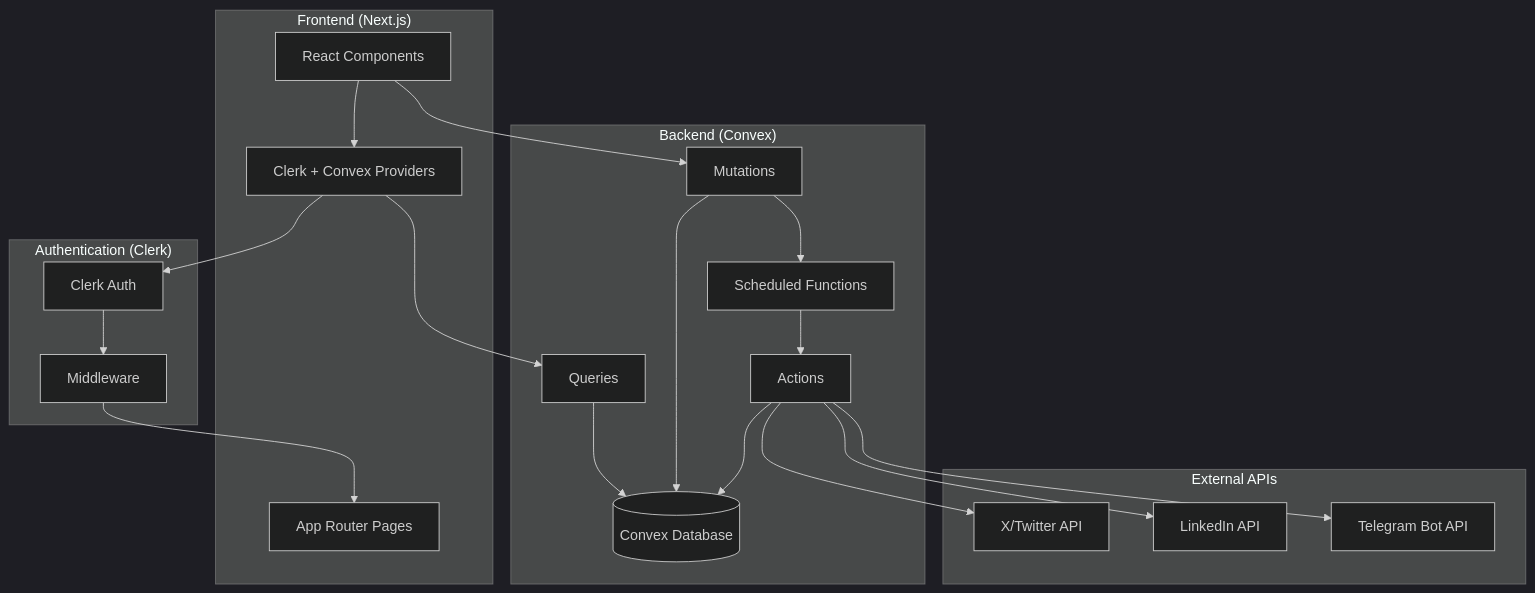
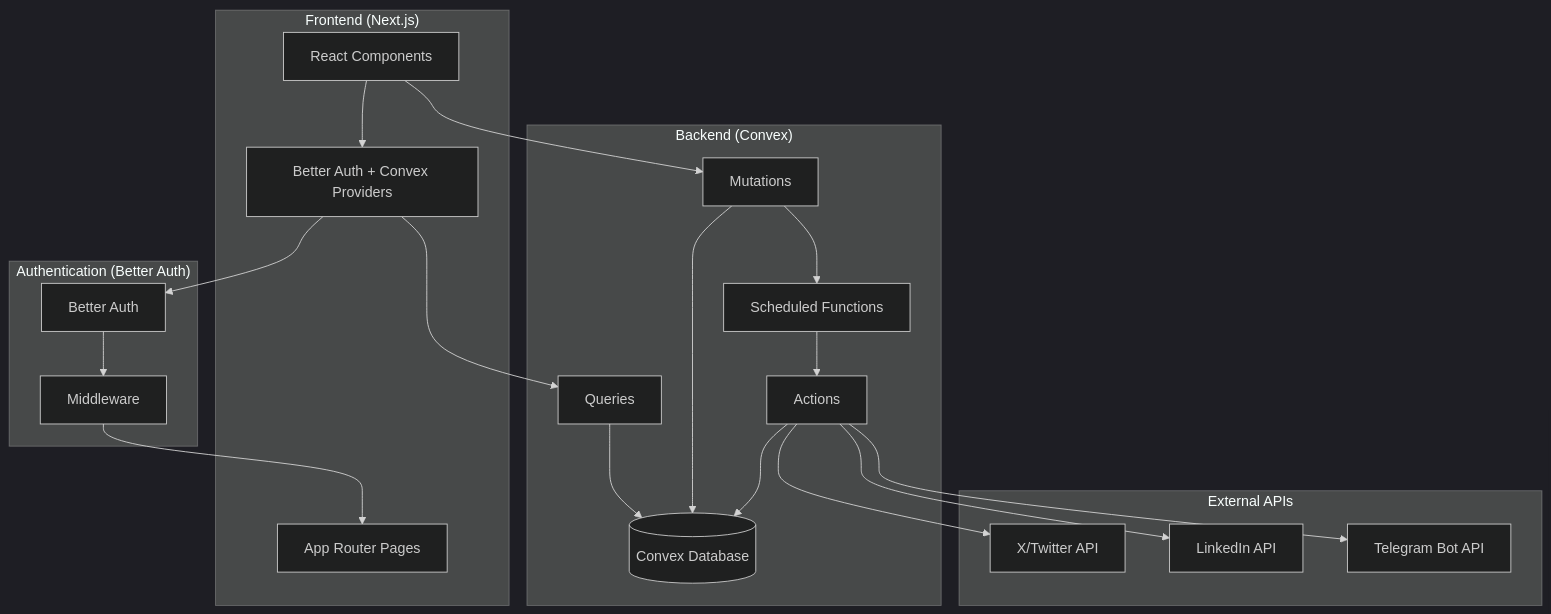
One commit to robertguss/social_post changed the first of 22 diagrams in docs/ARCHITECTURE_DIAGRAMS.md. Above: the diagram before and after it, drawn with Mermaid (dark theme). The commit also changed other lines of this file and 32 other files, not shown here.

Commit message:
update references to Clerk to Better Auth

````diff
--- a/docs/ARCHITECTURE_DIAGRAMS.md
+++ b/docs/ARCHITECTURE_DIAGRAMS.md
@@ -22,45 +22,45 @@
 ```mermaid
 graph TB
     subgraph "Frontend (Next.js)"
         UI[React Components]
         Pages[App Router Pages]
-        Providers[Clerk + Convex Providers]
+        Providers[Better Auth + Convex Providers]
     end
 
-    subgraph "Authentication (Clerk)"
-        ClerkAuth[Clerk Auth]
-        ClerkMiddleware[Middleware]
+    subgraph "Authentication (Better Auth)"
+        BetterAuth[Better Auth]
+        AuthMiddleware[Middleware]
     end
 
     subgraph "Backend (Convex)"
         Queries[Queries]
         Mutations[Mutations]
         Actions[Actions]
         Scheduler[Scheduled Functions]
         DB[(Convex Database)]
     end
 
     subgraph "External APIs"
         Twitter[X/Twitter API]
         LinkedIn[LinkedIn API]
         Telegram[Telegram Bot API]
     end
 
     UI --> Providers
-    Providers --> ClerkAuth
+    Providers --> BetterAuth
     Providers --> Queries
     UI --> Mutations
 
-    ClerkMiddleware --> Pages
-    ClerkAuth --> ClerkMiddleware
+    AuthMiddleware --> Pages
+    BetterAuth --> AuthMiddleware
 
     Queries --> DB
     Mutations --> DB
     Mutations --> Scheduler
 
     Scheduler --> Actions
     Actions --> DB
     Actions --> Twitter
     Actions --> LinkedIn
     Actions --> Telegram
 ```
````
